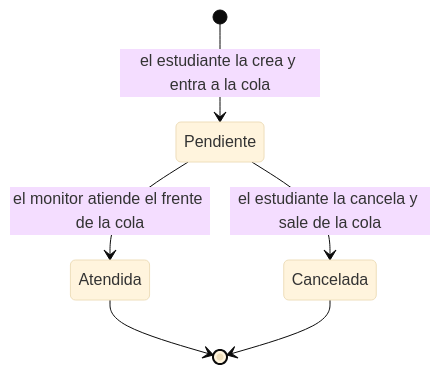
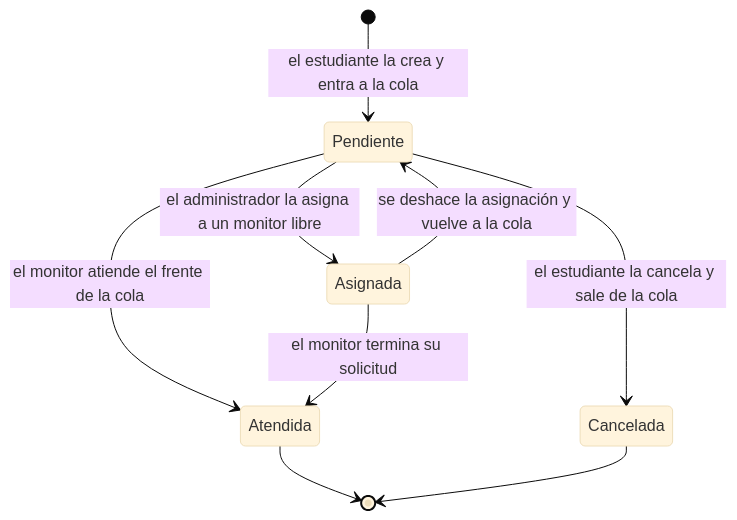
The fourth of 4 diagrams in README.md (worksedu-prog/Algoritmos-2026-S2-PROYECTO), drawn with Mermaid (base theme) before and after one commit. The commit also changed other lines of this file and 1 other file, not shown here.

````diff
--- a/README.md
+++ b/README.md
@@ -148,8 +361,11 @@
 ```mermaid
 stateDiagram-v2
     [*] --> Pendiente: el estudiante la crea y entra a la cola
+    Pendiente --> Asignada: el administrador la asigna a un monitor libre
     Pendiente --> Atendida: el monitor atiende el frente de la cola
     Pendiente --> Cancelada: el estudiante la cancela y sale de la cola
+    Asignada --> Atendida: el monitor termina su solicitud
+    Asignada --> Pendiente: se deshace la asignación y vuelve a la cola
     Atendida --> [*]
     Cancelada --> [*]
 ```
````
